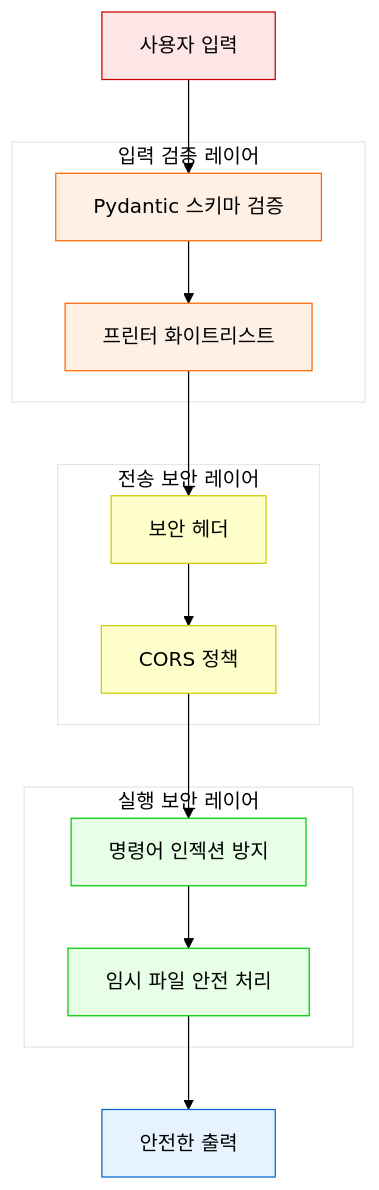
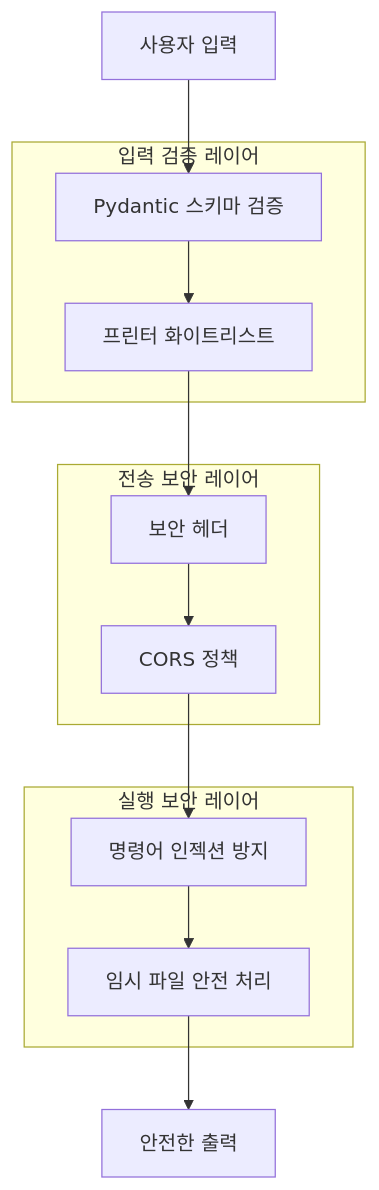
One commit to nicewook/receipt-printer changed the fifth of 5 diagrams in docs/architecture-overview.md. Above: the diagram before and after it, drawn with Mermaid. The commit also changed other lines of this file and 5 other files, not shown here.

First line of the commit message:
Fix documentation portal Mermaid rendering and clean up markdown files

````diff
--- a/docs/architecture-overview.md
+++ b/docs/architecture-overview.md
@@ -279,43 +208,26 @@
 ```mermaid
-%%{init: {
-  'theme': 'base',
-  'themeVariables': {
-    'primaryColor': '#ffffff',
-    'primaryTextColor': '#000000',
-    'primaryBorderColor': '#000000',
-    'lineColor': '#000000'
-  }
-}}%%
 graph TB
     subgraph "입력 검증 레이어"
         PYDANTIC[Pydantic 스키마 검증]
         WHITELIST[프린터 화이트리스트]
     end
     
     subgraph "전송 보안 레이어"
         HEADERS[보안 헤더]
         CORS[CORS 정책]
     end
     
     subgraph "실행 보안 레이어"
         SHLEX[명령어 인젝션 방지]
         TEMPFILE[임시 파일 안전 처리]
     end
     
     INPUT[사용자 입력] --> PYDANTIC
     PYDANTIC --> WHITELIST
     WHITELIST --> HEADERS
     HEADERS --> CORS
     CORS --> SHLEX
     SHLEX --> TEMPFILE
     TEMPFILE --> OUTPUT[안전한 출력]
     
-    style INPUT fill:#ffe6e6,stroke:#cc0000,color:#000000
-    style PYDANTIC fill:#fff0e6,stroke:#ff6600,color:#000000
-    style WHITELIST fill:#fff0e6,stroke:#ff6600,color:#000000
-    style HEADERS fill:#ffffcc,stroke:#cccc00,color:#000000
-    style CORS fill:#ffffcc,stroke:#cccc00,color:#000000
-    style SHLEX fill:#e6ffe6,stroke:#00cc00,color:#000000
-    style TEMPFILE fill:#e6ffe6,stroke:#00cc00,color:#000000
-    style OUTPUT fill:#e6f3ff,stroke:#0066cc,color:#000000
 ```
````
